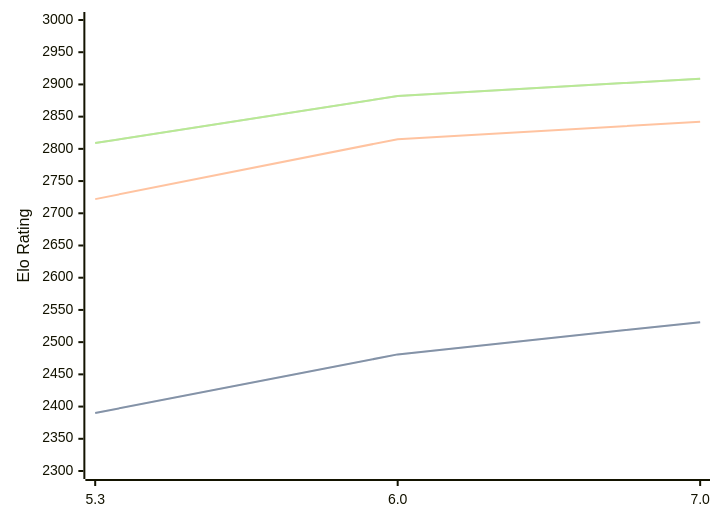
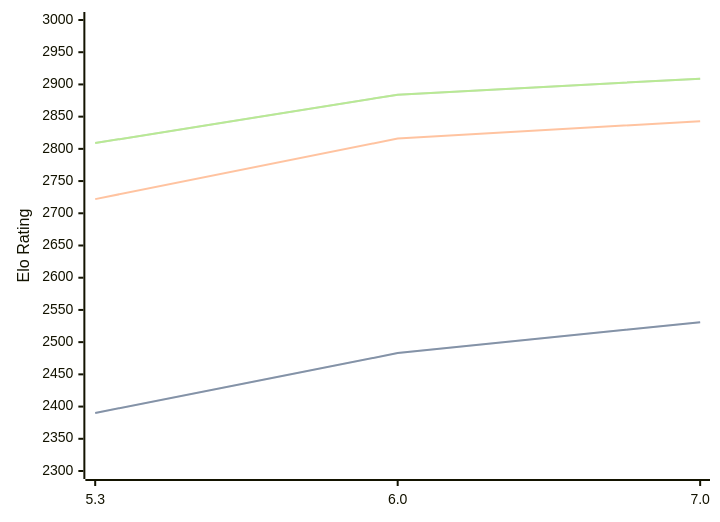
Before and after one commit to computer-chess-index/cci: the diagram in engines/tomitankChess.md, drawn with Mermaid. The commit also changed other lines of this file, not shown here.

Commit message:
Update CCI Ratings (ELO VLTC) - 2026-09-13

````diff
--- a/engines/tomitankChess.md
+++ b/engines/tomitankChess.md
@@ -33,11 +33,11 @@
 ```mermaid
 %%{init: {"theme":"base","themeVariables":{"seriesColors:['#a3a3a3','#222221','#faa371']}}}%%
 xychart-beta
   x-axis ["5.3", "6.0", "7.0"]
   y-axis "Elo Rating" 2300 --> 3000
-  line "" [2390, 2481, 2531]
-  line "STC (8.0+0.08s)" [2390, 2481, 2531]
-  line "LTC (60.0+0.60s)" [2722, 2815, 2842]
-  line "" [2809, 2882, 2909]
-  line "VLTC (2m24s+1.12s)" [2809, 2882, 2909]
+  line "" [2390, 2483, 2531]
+  line "STC (8.0+0.08s)" [2390, 2483, 2531]
+  line "LTC (60.0+0.60s)" [2722, 2816, 2843]
+  line "" [2809, 2884, 2909]
+  line "VLTC (2m24s+1.12s)" [2809, 2884, 2909]
 ```
````
